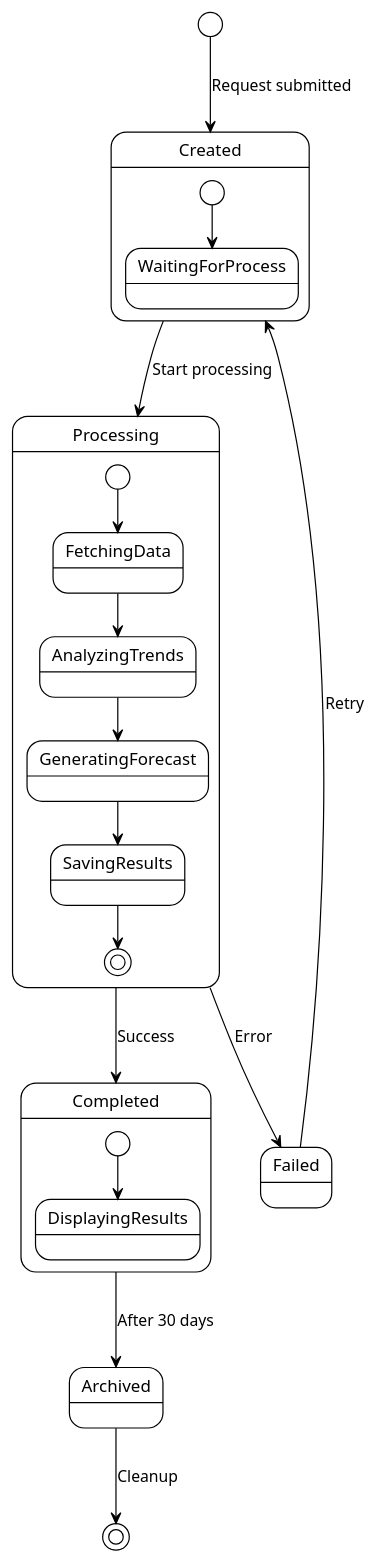
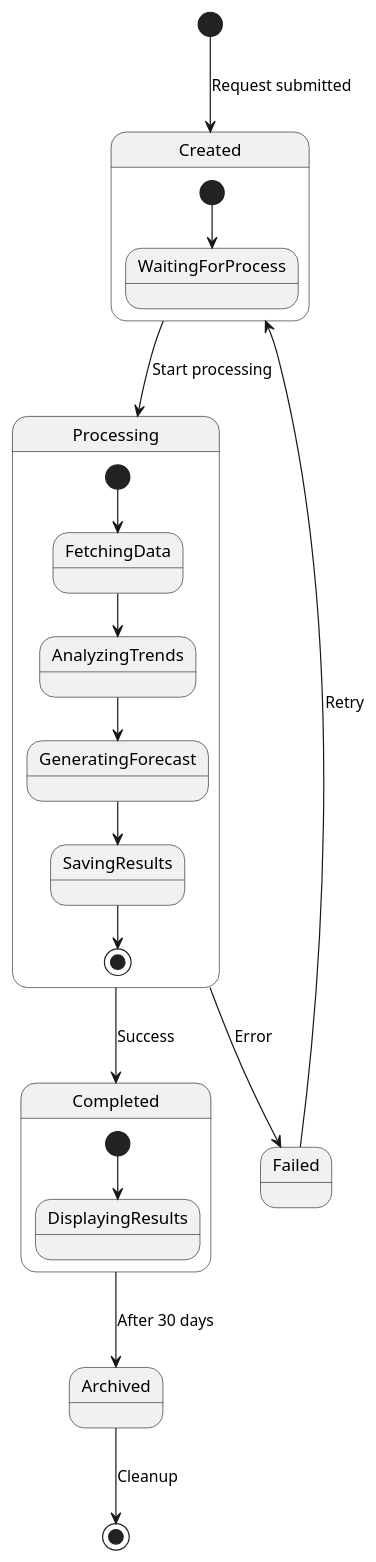
Before and after one commit to AASoftIR/kanban: the diagram in diagrams/05_state_diagram.puml, drawn with PlantUML. The commit also changed 25 other files, not shown here.

```diff
--- a/diagrams/05_state_diagram.puml
+++ b/diagrams/05_state_diagram.puml
@@ -2,32 +2,36 @@
 @startuml StateDiagram
-!theme plain
+' Rational Rose-like styling (classic UML look)
+skinparam monochrome true
+skinparam shadowing false
+skinparam BackgroundColor white
+skinparam DefaultFontName Arial
 
 [*] --> Created : Request submitted
 
 Created --> Processing : Start processing
 Processing --> Completed : Success
 Processing --> Failed : Error
 
 Failed --> Created : Retry
 
 Completed --> Archived : After 30 days
 
 Archived --> [*] : Cleanup
 
 state Created {
     [*] --> WaitingForProcess
 }
 
 state Processing {
     [*] --> FetchingData
     FetchingData --> AnalyzingTrends
     AnalyzingTrends --> GeneratingForecast
     GeneratingForecast --> SavingResults
     SavingResults --> [*]
 }
 
 state Completed {
     [*] --> DisplayingResults
 }
 
 @enduml
```
